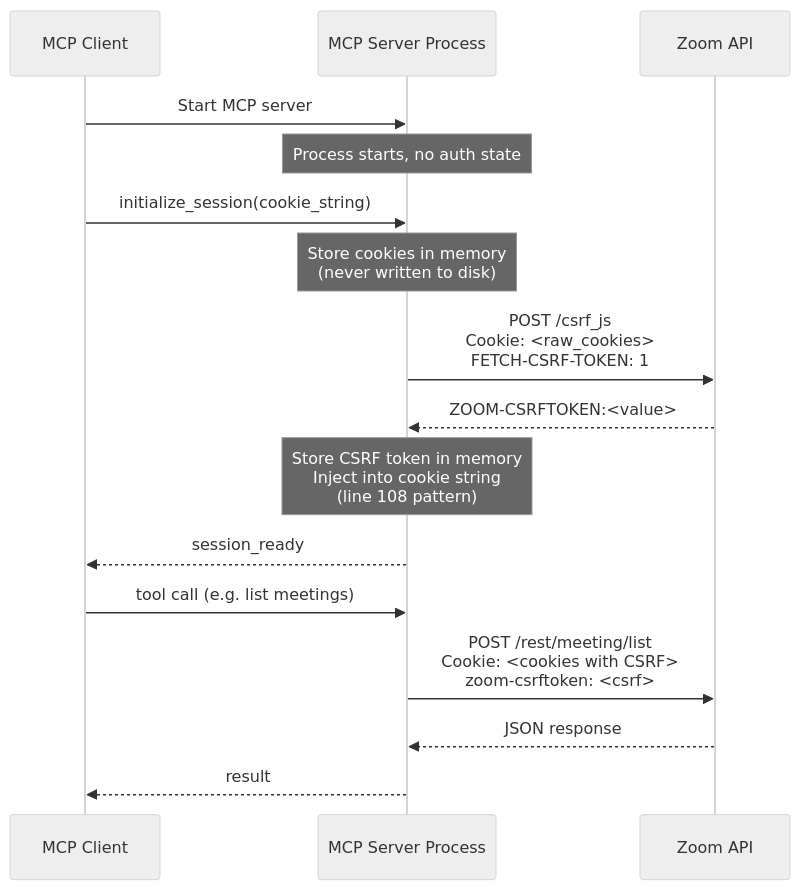
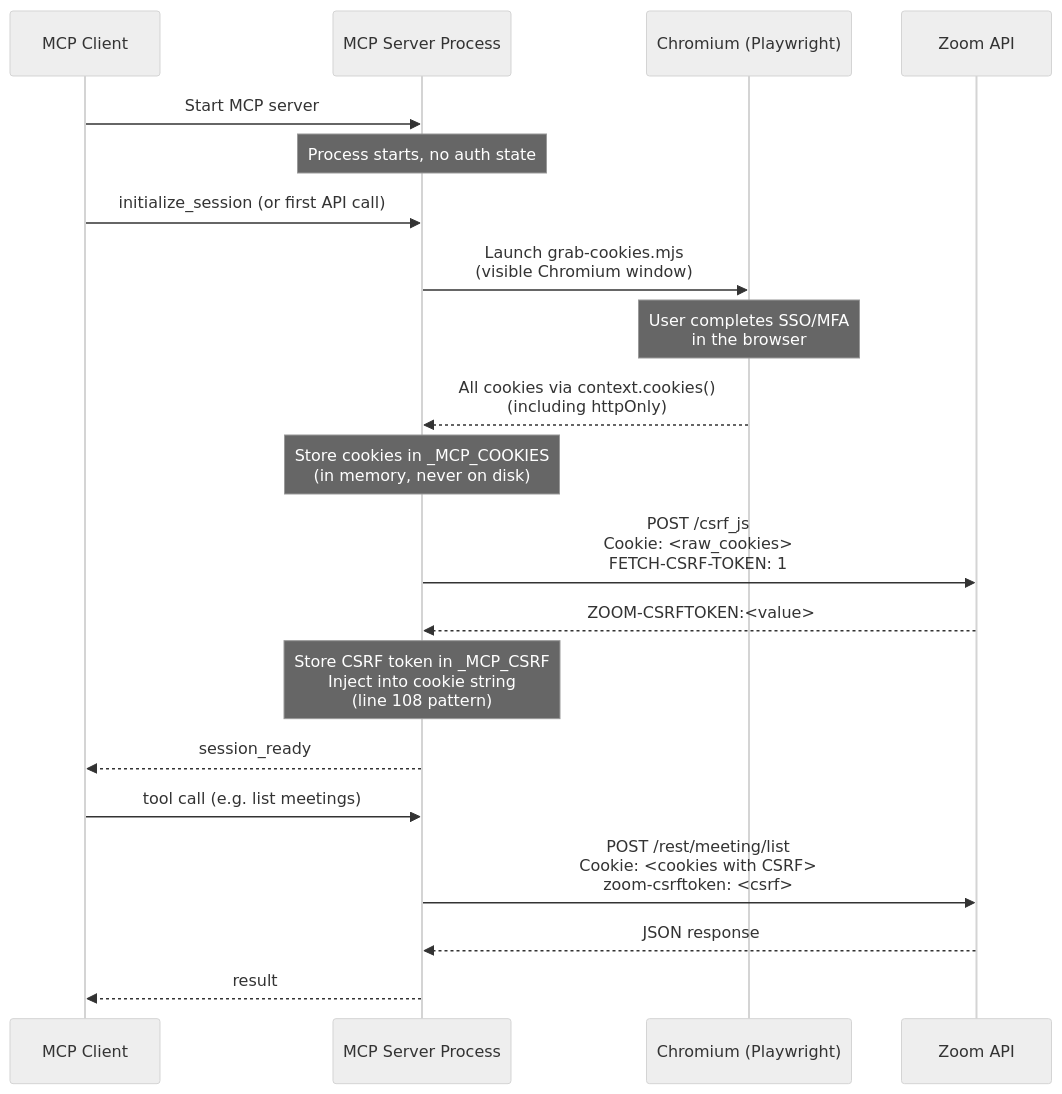
The diagram in docs/mcp-session-design.md (rodrigoelias/zoom-cli), drawn with Mermaid (neutral theme) before and after one commit. The commit also changed other lines of this file, not shown here.

Commit message:
Review fixes: cookie provisioning, idle timeout, line refs

````diff
--- a/docs/mcp-session-design.md
+++ b/docs/mcp-session-design.md
@@ -24,24 +24,28 @@
 ```mermaid
 sequenceDiagram
     participant Client as MCP Client
     participant Server as MCP Server Process
+    participant Browser as Chromium (Playwright)
     participant Zoom as Zoom API
 
     Client->>Server: Start MCP server
     Note over Server: Process starts, no auth state
 
-    Client->>Server: initialize_session(cookie_string)
-    Note over Server: Store cookies in memory<br/>(never written to disk)
+    Client->>Server: initialize_session (or first API call)
+    Server->>Browser: Launch grab-cookies.mjs<br/>(visible Chromium window)
+    Note over Browser: User completes SSO/MFA<br/>in the browser
+    Browser-->>Server: All cookies via context.cookies()<br/>(including httpOnly)
+    Note over Server: Store cookies in _MCP_COOKIES<br/>(in memory, never on disk)
 
     Server->>Zoom: POST /csrf_js<br/>Cookie: <raw_cookies><br/>FETCH-CSRF-TOKEN: 1
     Zoom-->>Server: ZOOM-CSRFTOKEN:<value>
 
-    Note over Server: Store CSRF token in memory<br/>Inject into cookie string<br/>(line 108 pattern)
+    Note over Server: Store CSRF token in _MCP_CSRF<br/>Inject into cookie string<br/>(line 108 pattern)
 
     Server-->>Client: session_ready
 
     Client->>Server: tool call (e.g. list meetings)
     Server->>Zoom: POST /rest/meeting/list<br/>Cookie: <cookies with CSRF><br/>zoom-csrftoken: <csrf>
     Zoom-->>Server: JSON response
     Server-->>Client: result
 ```
````
